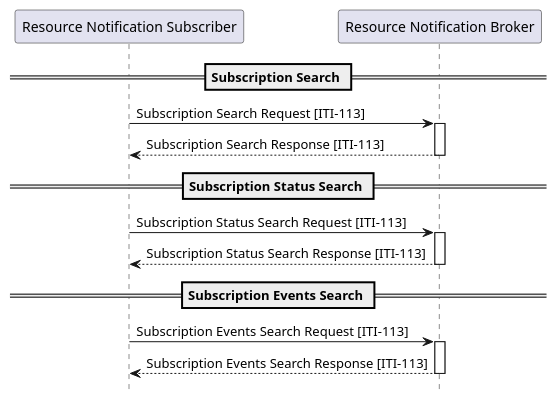
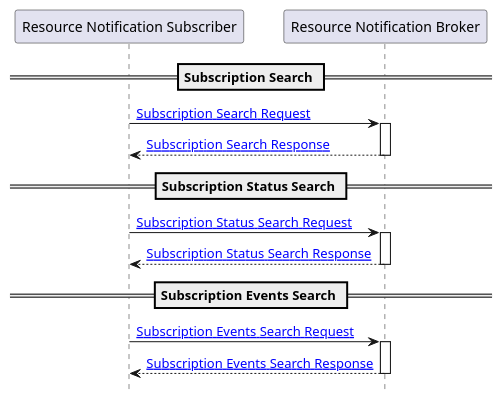
One commit to IHE/ITI.DSUBm changed the diagram in input/images-source/ITI-113-Subscription-seq.plantuml. Above: the diagram before and after it, drawn with PlantUML. The commit also changed 5 other files, not shown here.

```diff
--- a/input/images-source/ITI-113-Subscription-seq.plantuml
+++ b/input/images-source/ITI-113-Subscription-seq.plantuml
@@ -1,26 +1,26 @@
 @startuml
 hide footbox
 participant "Resource Notification Subscriber" as  Subscriber
 participant "Resource Notification Broker" as  Broker
 
 
 == Subscription Search ==
-Subscriber -> Broker :  Subscription Search Request [ITI-113]
+Subscriber -> Broker :  [[ITI-113.html#231135-subscription-search-request-message Subscription Search Request]] 
 activate Broker
-Broker --> Subscriber :  Subscription Search Response [ITI-113]
+Broker --> Subscriber : [[ITI-113.html#231136-subscription-search-response-message Subscription Search Response]] 
 deactivate Broker
 
 == Subscription Status Search ==
-Subscriber -> Broker :  Subscription Status Search Request [ITI-113]
+Subscriber -> Broker : [[ITI-113.html#231137-subscription-status-search-request-message Subscription Status Search Request]] 
 activate Broker
-Broker --> Subscriber :  Subscription Status Search Response [ITI-113]
+Broker --> Subscriber : [[ITI-113.html#231138-subscription-status-search-response-message Subscription Status Search Response]] 
 deactivate Broker
 
 == Subscription Events Search ==
-Subscriber -> Broker :  Subscription Events Search Request [ITI-113]
+Subscriber -> Broker : [[ITI-113.html#231139-subscription-events-search-request-message Subscription Events Search Request]] 
 activate Broker
-Broker --> Subscriber :  Subscription Events Search Response [ITI-113]
+Broker --> Subscriber : [[ITI-113.html#2311310-subscription-events-search-response-message Subscription Events Search Response]] 
 
 deactivate Broker
 
 @enduml
```
